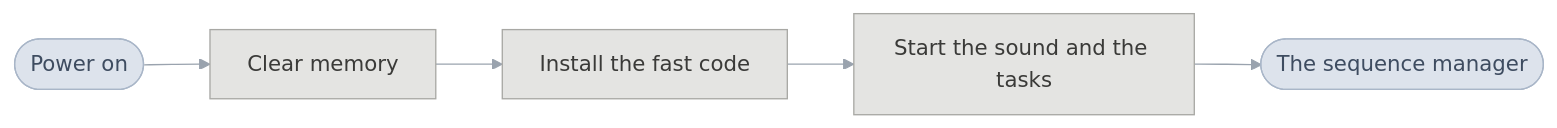
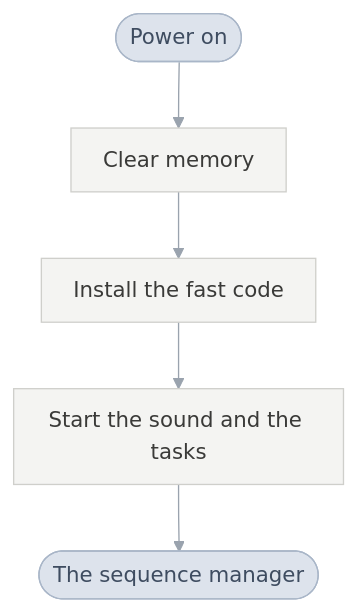
Before and after one commit to PascalPixel/alchemy: the first of 4 diagrams in games/tbs/README.md, drawn with Mermaid. The commit also changed other lines of this file, not shown here.

First line of the commit message:
☀️ Front page: the four charts run top to bottom in two shapes

````diff
--- a/games/tbs/README.md
+++ b/games/tbs/README.md
@@ -19,10 +19,10 @@
 ```mermaid
-%%{init: {"theme": "base", "themeVariables": {"lineColor": "#9AA3AE", "edgeLabelBackground": "#FFFFFF"}, "flowchart": {"curve": "basis", "padding": 14}}}%%
-flowchart LR
+%%{init: {"theme": "base", "themeVariables": {"lineColor": "#9AA3AE", "edgeLabelBackground": "#FFFFFF"}, "flowchart": {"curve": "basis", "padding": 12}}}%%
+flowchart TD
   power(["Power on"]) --> memory["Clear memory"] --> irq["Install the fast code"]
   irq --> services["Start the sound and the tasks"] --> seq(["The sequence manager"])
-  classDef flow fill:#DDE3EC,stroke:#A9B6C8,color:#3E4C60
-  classDef field fill:#E4E4E2,stroke:#A8A8A4,color:#3A3A38
-  class power,seq flow
-  class memory,irq,services field
+  classDef link fill:#DDE3EC,stroke:#A9B6C8,color:#3E4C60
+  classDef step fill:#F4F4F2,stroke:#CFCFCB,color:#3A3A38
+  class power,seq link
+  class memory,irq,services step
 ```
````
